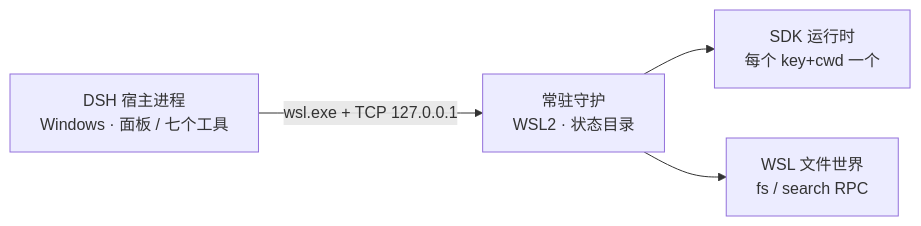
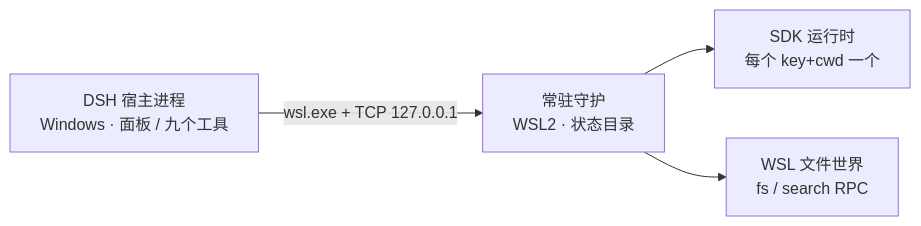
Before and after one commit to mozhuanzuojing/dsh-remote-wsl: the diagram in README.md, drawn with Mermaid. The commit also changed other lines of this file and 3 other files, not shown here.

````diff
--- a/README.md
+++ b/README.md
@@ -40,6 +40,6 @@
 ```mermaid
 flowchart LR
-  H["DSH 宿主进程<br/>Windows · 面板 / 七个工具"] -- "wsl.exe + TCP 127.0.0.1" --> D["常驻守护<br/>WSL2 · 状态目录"]
+  H["DSH 宿主进程<br/>Windows · 面板 / 九个工具"] -- "wsl.exe + TCP 127.0.0.1" --> D["常驻守护<br/>WSL2 · 状态目录"]
   D --> R["SDK 运行时<br/>每个 key+cwd 一个"]
   D --> F["WSL 文件世界<br/>fs / search RPC"]
 ```
````
